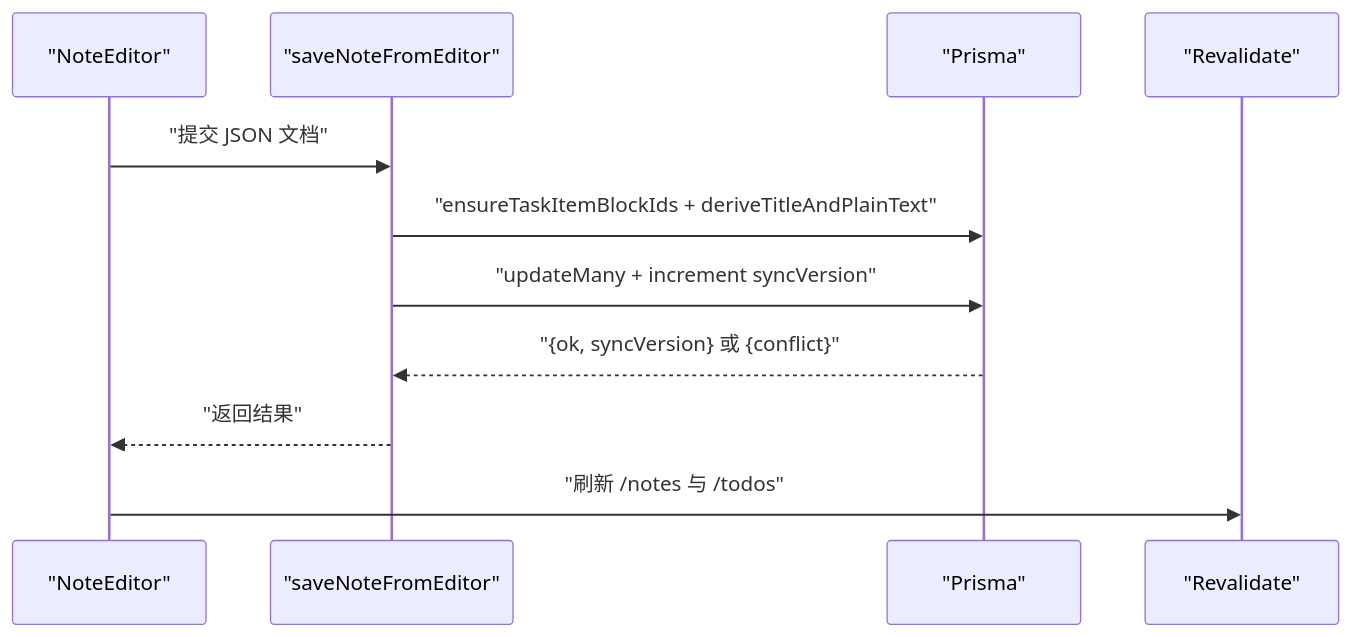
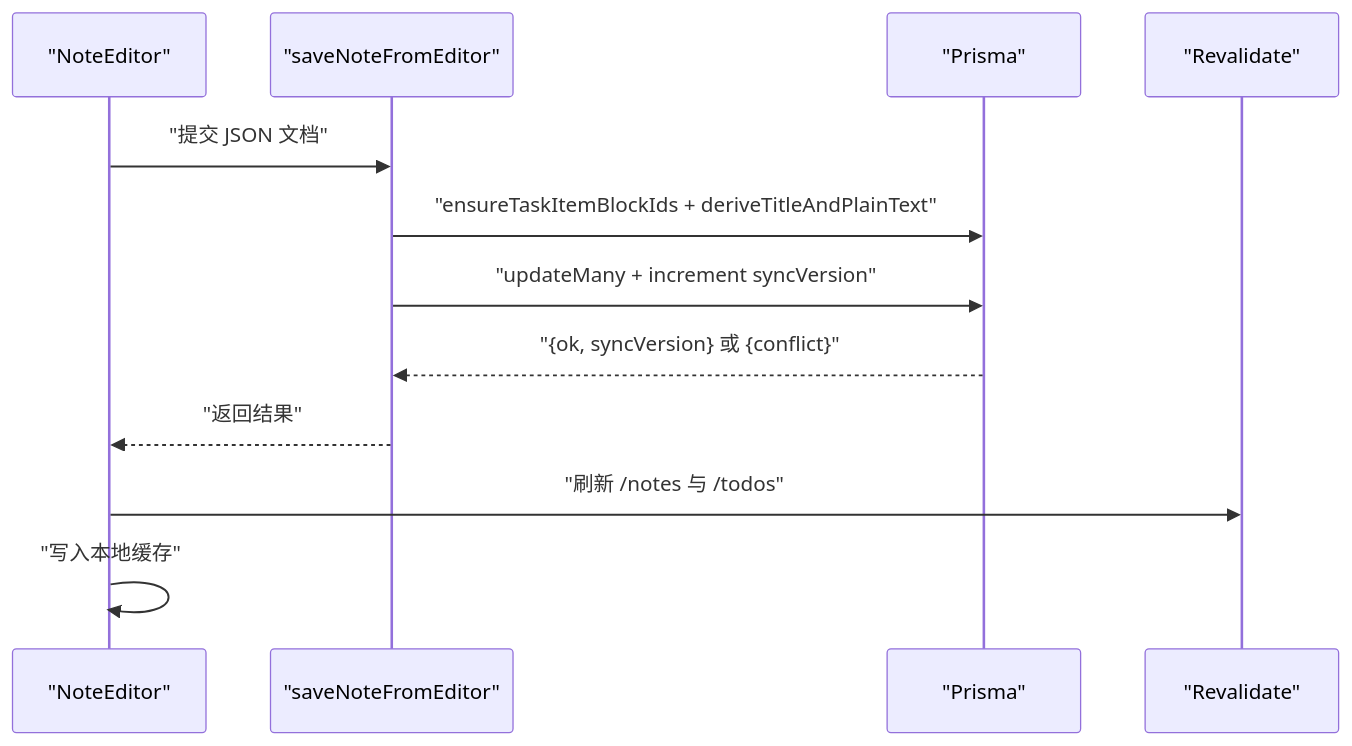
One commit to qiuziGirl/smart-todo changed the sixth of 12 diagrams in .qoder/repowiki/zh/content/便签管理系统/便签管理系统.md. Above: the diagram before and after it, drawn with Mermaid. The commit also changed other lines of this file and 8 other files, not shown here.

````diff
--- a/.qoder/repowiki/zh/content/便签管理系统/便签管理系统.md
+++ b/.qoder/repowiki/zh/content/便签管理系统/便签管理系统.md
@@ -213,13 +372,14 @@
 ```mermaid
 sequenceDiagram
 participant UI as "NoteEditor"
 participant SA as "saveNoteFromEditor"
 participant DB as "Prisma"
 participant SYNC as "Revalidate"
 UI->>SA : "提交 JSON 文档"
 SA->>DB : "ensureTaskItemBlockIds + deriveTitleAndPlainText"
 SA->>DB : "updateMany + increment syncVersion"
 DB-->>SA : "{ok, syncVersion} 或 {conflict}"
 SA-->>UI : "返回结果"
 UI->>SYNC : "刷新 /notes 与 /todos"
+UI->>UI : "写入本地缓存"
 ```
````
